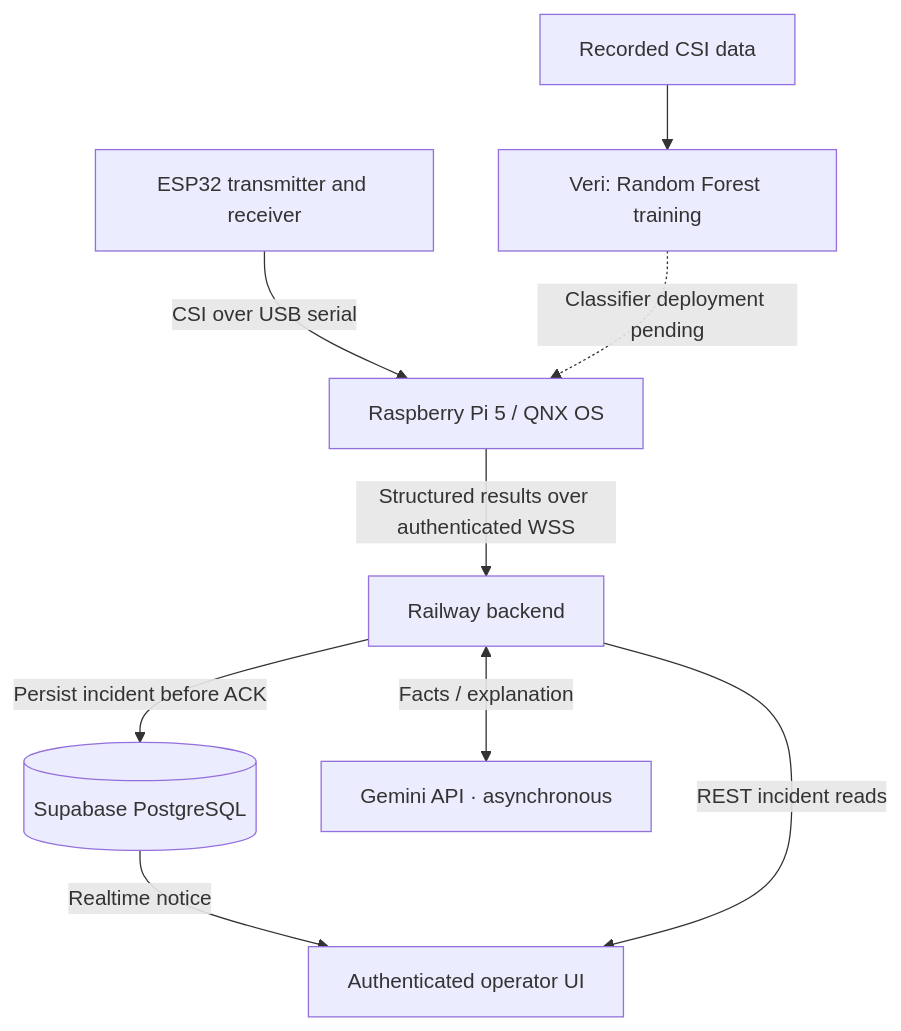
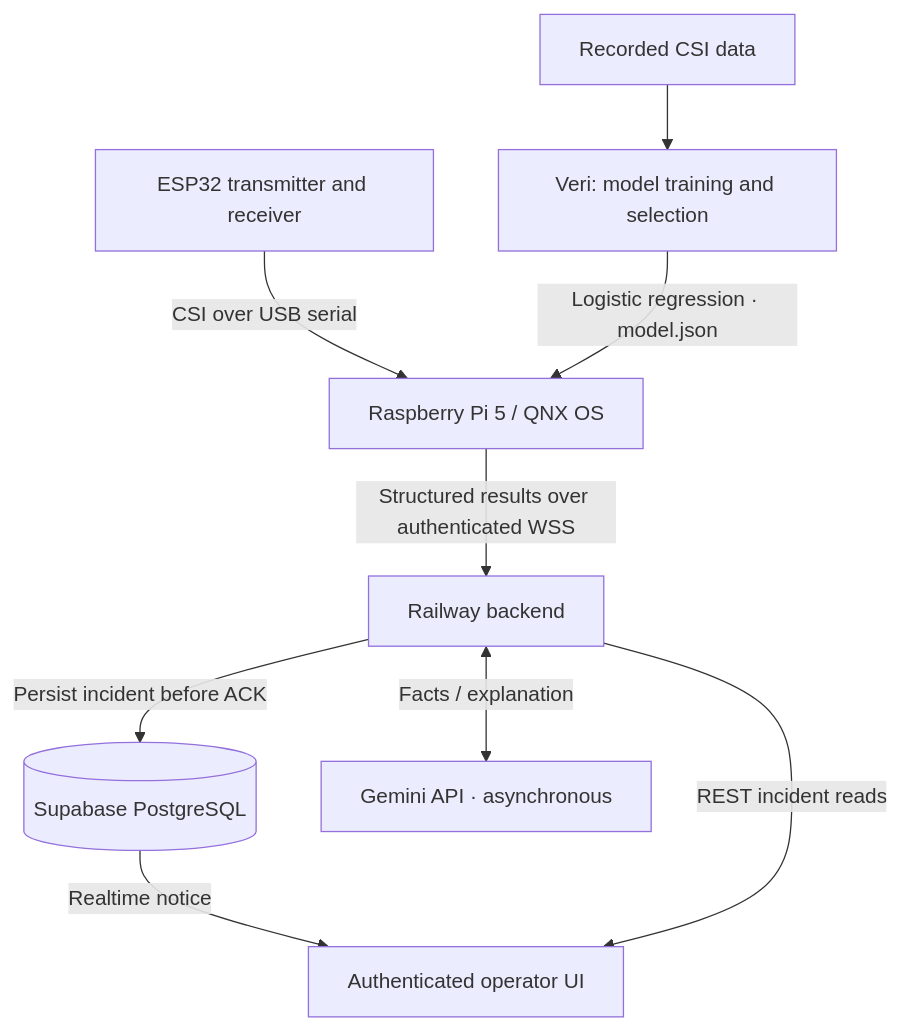
Before and after one commit to nkuhanas/blissey-beacon: the first of 2 diagrams in README.md, drawn with Mermaid. The commit also changed other lines of this file and 2 other files, not shown here.

First line of the commit message:
docs(spec): select logistic regression and pure-Python QNX runtime

````diff
--- a/README.md
+++ b/README.md
@@ -36,11 +36,11 @@
 ```mermaid
 flowchart TD
-    recordings["Recorded CSI data"] --> veri["Veri: Random Forest training"]
+    recordings["Recorded CSI data"] --> veri["Veri: model training and selection"]
     esp["ESP32 transmitter and receiver"] -->|"CSI over USB serial"| edge["Raspberry Pi 5 / QNX OS"]
-    veri -.->|"Classifier deployment pending"| edge
+    veri -->|"Logistic regression · model.json"| edge
     edge -->|"Structured results over authenticated WSS"| api["Railway backend"]
     api -->|"Persist incident before ACK"| db[("Supabase PostgreSQL")]
     api <-->|"Facts / explanation"| gemini["Gemini API · asynchronous"]
     db -->|"Realtime notice"| operator["Authenticated operator UI"]
     api -->|"REST incident reads"| operator
 ```
````
